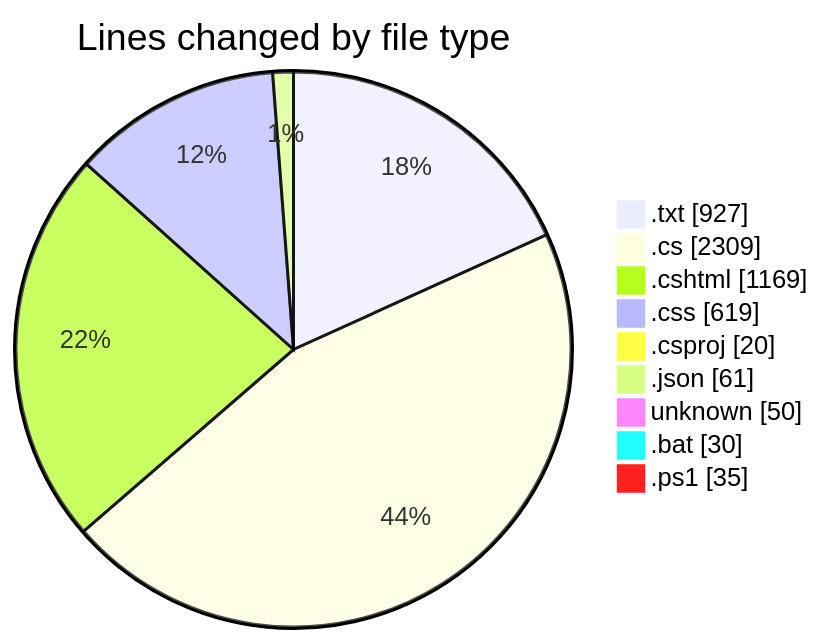
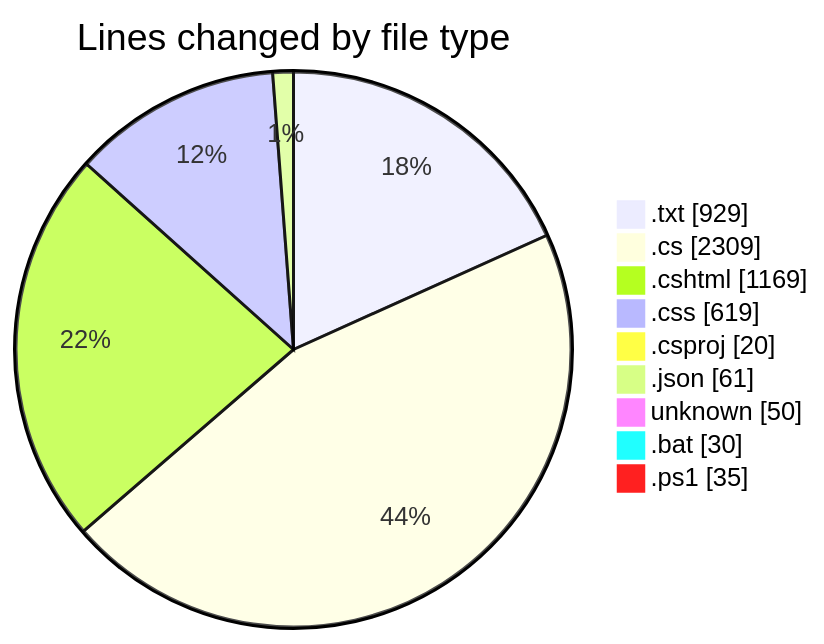
One commit to lephambinh05/code-tracking changed the first of 2 diagrams in 2025-07-26/quanlyrapchieuphim-1/README.md. Above: the diagram before and after it, drawn with Mermaid. The commit also changed other lines of this file and 1 other file, not shown here.

````diff
--- a/2025-07-26/quanlyrapchieuphim-1/README.md
+++ b/2025-07-26/quanlyrapchieuphim-1/README.md
@@ -37,13 +37,13 @@
 ```mermaid
 pie showData
 title Lines changed by file type
-".txt" : 927
+".txt" : 929
 ".cs" : 2309
 ".cshtml" : 1169
 ".css" : 619
 ".csproj" : 20
 ".json" : 61
 "unknown" : 50
 ".bat" : 30
 ".ps1" : 35
 ```
````
